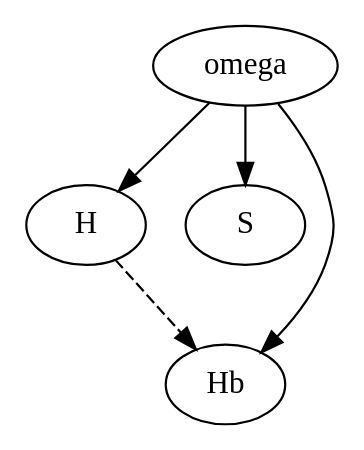
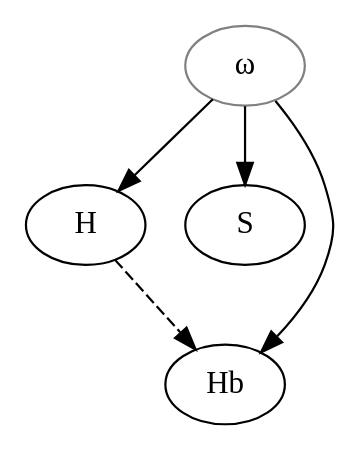
The diagram in data/gmh/Regel_1906_Wilhelmvonoesterreich/stemma.gv (OpenStemmata/database), drawn with Graphviz before and after one commit. The commit also changed 8 other files, not shown here.

```diff
--- a/data/gmh/Regel_1906_Wilhelmvonoesterreich/stemma.gv
+++ b/data/gmh/Regel_1906_Wilhelmvonoesterreich/stemma.gv
@@ -1,10 +1,11 @@
 digraph {
+    omega[label="ω", color="grey"];
 
-    # To refactor nodes, place the cursor left to a node name
+
     omega -> H;
     omega -> S;
     omega -> Hb;
     H -> Hb [style="dashed"];
  
 
 }
```
